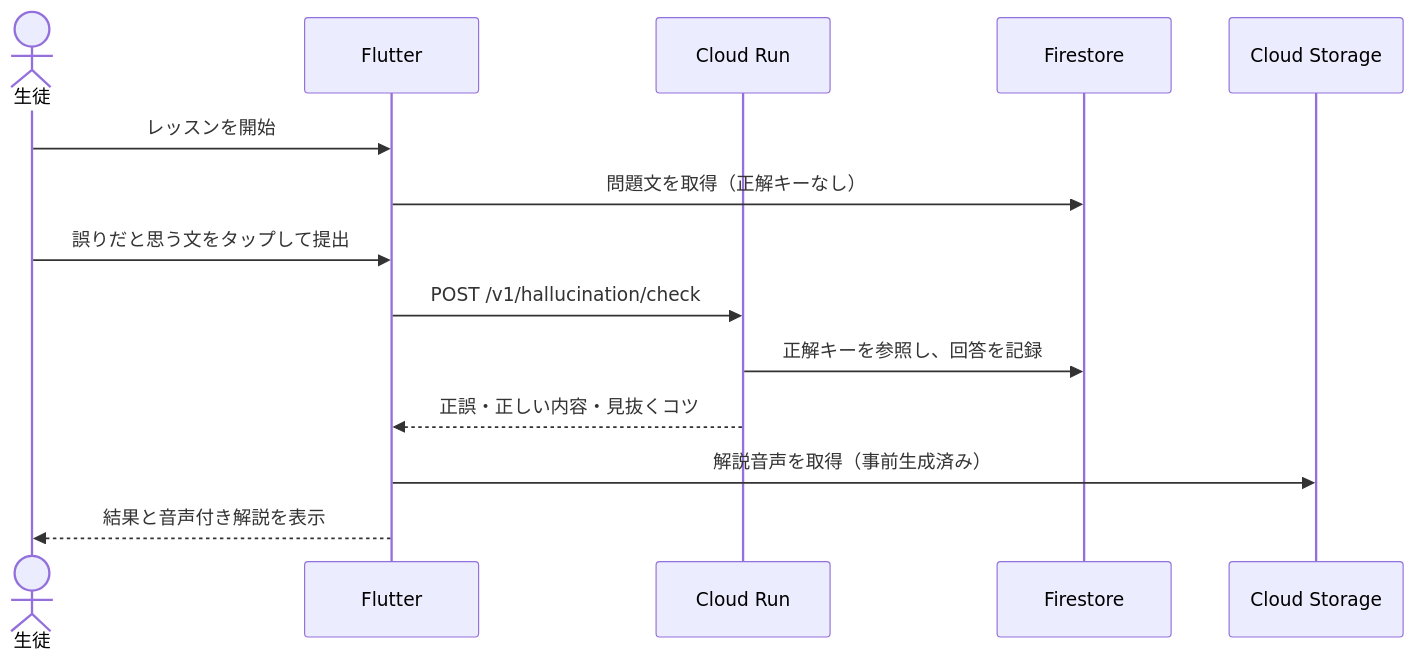
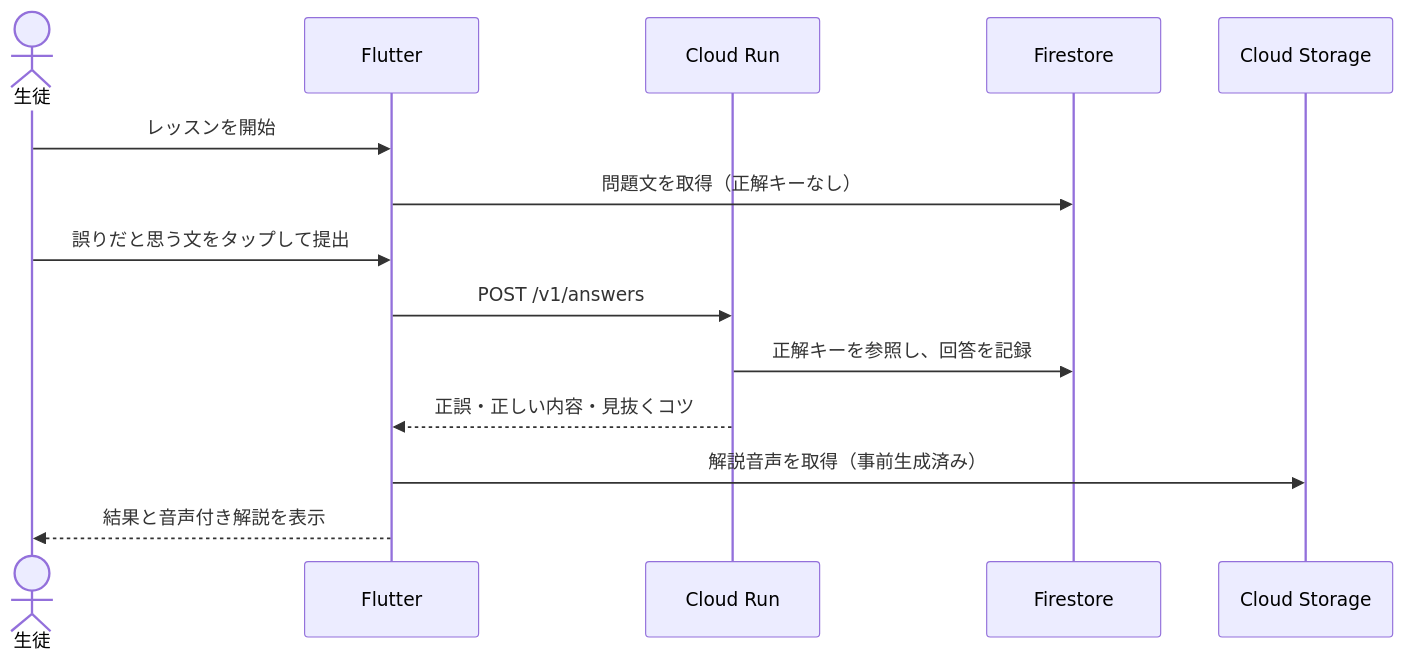
One commit to Devfest-Hackathon-2026/df-2026-t134 changed the second of 3 diagrams in docs/REQUIREMENTS.md. Above: the diagram before and after it, drawn with Mermaid. The commit also changed other lines of this file and 288 other files, not shown here.

````diff
--- a/docs/REQUIREMENTS.md
+++ b/docs/REQUIREMENTS.md
@@ -315,16 +323,16 @@
 ```mermaid
 sequenceDiagram
   actor S as 生徒
   participant A as Flutter
   participant R as Cloud Run
   participant F as Firestore
   participant G as Cloud Storage
   S->>A: レッスンを開始
   A->>F: 問題文を取得（正解キーなし）
   S->>A: 誤りだと思う文をタップして提出
-  A->>R: POST /v1/hallucination/check
+  A->>R: POST /v1/answers
   R->>F: 正解キーを参照し、回答を記録
   R-->>A: 正誤・正しい内容・見抜くコツ
   A->>G: 解説音声を取得（事前生成済み）
   A-->>S: 結果と音声付き解説を表示
 ```
````
